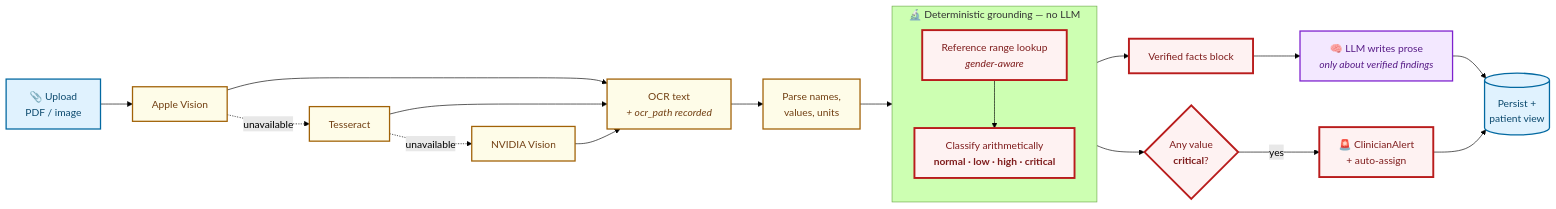
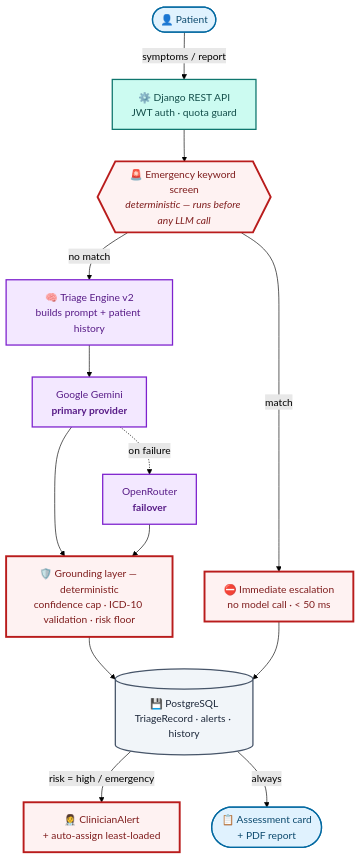
The diagram in README.md (janhvisaste/Medaid), drawn with Mermaid (forest theme) before and after one commit. The commit also changed other lines of this file and 23 other files, not shown here.

First line of the commit message:
refactor: remove unused parity-testing module and rebuild architecture diagram

````diff
--- a/README.md
+++ b/README.md
@@ -225,29 +48,40 @@
 ```mermaid
-flowchart LR
-    U["📎 Upload<br/>PDF / image"] --> AV["Apple Vision"]
-    AV -.unavailable.-> TS["Tesseract"]
-    TS -.unavailable.-> NV["NVIDIA Vision"]
-    AV & TS & NV --> TXT["OCR text<br/><i>+ ocr_path recorded</i>"]
-    TXT --> PARSE["Parse names,<br/>values, units"]
-    PARSE --> GROUND
+flowchart TD
+    PATIENT(["👤 Patient"]) -->|"symptoms / report"| API
 
-    subgraph GROUND["🔬 Deterministic grounding — no LLM"]
-        direction TB
-        REF["Reference range lookup<br/><i>gender-aware</i>"] --> CLS["Classify arithmetically<br/><b>normal · low · high · critical</b>"]
-    end
+    API["⚙️ Django REST API<br/>JWT auth · quota guard"]
+    API --> SCREEN
 
-    GROUND --> FACTS["Verified facts block"] --> LLM["🧠 LLM writes prose<br/><i>only about verified findings</i>"]
-    LLM --> STORE[("Persist +<br/>patient view")]
-    GROUND --> CRIT{"Any value<br/><b>critical</b>?"}
-    CRIT -->|yes| ESC["🚨 ClinicianAlert<br/>+ auto-assign"] --> STORE
+    SCREEN{{"🚨 Emergency keyword screen<br/><i>deterministic — runs before any LLM call</i>"}}
+    SCREEN -->|"match"| ESCALATE["⛔ Immediate escalation<br/>no model call · &lt; 50 ms"]
+    SCREEN -->|"no match"| ENGINE
 
-    classDef io fill:#e0f2fe,stroke:#0369a1,stroke-width:2px,color:#0c4a6e
-    classDef ocrS fill:#fefce8,stroke:#a16207,stroke-width:2px,color:#713f12
-    classDef gr fill:#fef2f2,stroke:#b91c1c,stroke-width:3px,color:#7f1d1d
-    classDef llmS fill:#f3e8ff,stroke:#7e22ce,stroke-width:2px,color:#581c87
-    class U io
-    class AV,TS,NV,TXT,PARSE ocrS
-    class REF,CLS,FACTS,CRIT,ESC gr
-    class LLM llmS
-    class STORE io
+    ENGINE["🧠 Triage Engine v2<br/>builds prompt + patient history"]
+    ENGINE --> GEMINI
+
+    GEMINI["Google Gemini<br/><b>primary provider</b>"]
+    GEMINI -.->|"on failure"| OPENROUTER["OpenRouter<br/><b>failover</b>"]
+    GEMINI --> GROUND
+    OPENROUTER --> GROUND
+
+    GROUND["🛡️ Grounding layer — deterministic<br/>confidence cap · ICD-10 validation · risk floor"]
+    GROUND --> DB
+
+    DB[("💾 PostgreSQL<br/>TriageRecord · alerts · history")]
+    ESCALATE --> DB
+
+    DB -->|"risk = high / emergency"| ALERT["👩‍⚕️ ClinicianAlert<br/>+ auto-assign least-loaded"]
+    DB -->|"always"| PATIENT2(["📋 Assessment card<br/>+ PDF report"])
+
+    classDef entry fill:#e0f2fe,stroke:#0369a1,stroke-width:2px,color:#0c4a6e
+    classDef api fill:#ccfbf1,stroke:#0f766e,stroke-width:2px,color:#134e4a
+    classDef safety fill:#fef2f2,stroke:#b91c1c,stroke-width:3px,color:#7f1d1d
+    classDef engine fill:#f3e8ff,stroke:#7e22ce,stroke-width:2px,color:#581c87
+    classDef data fill:#f1f5f9,stroke:#475569,stroke-width:2px,color:#1e293b
+
+    class PATIENT,PATIENT2 entry
+    class API api
+    class SCREEN,ESCALATE,GROUND,ALERT safety
+    class ENGINE,GEMINI,OPENROUTER engine
+    class DB data
 ```
````
